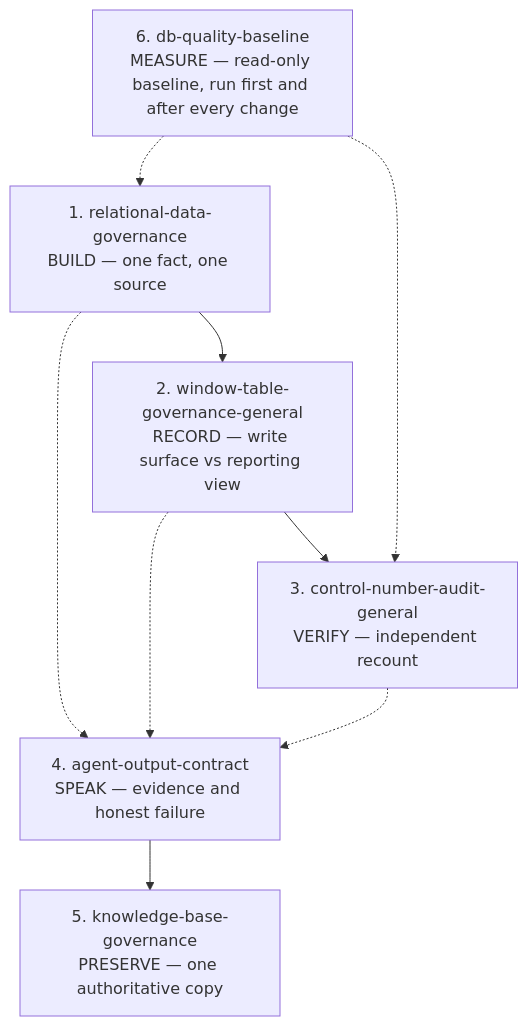
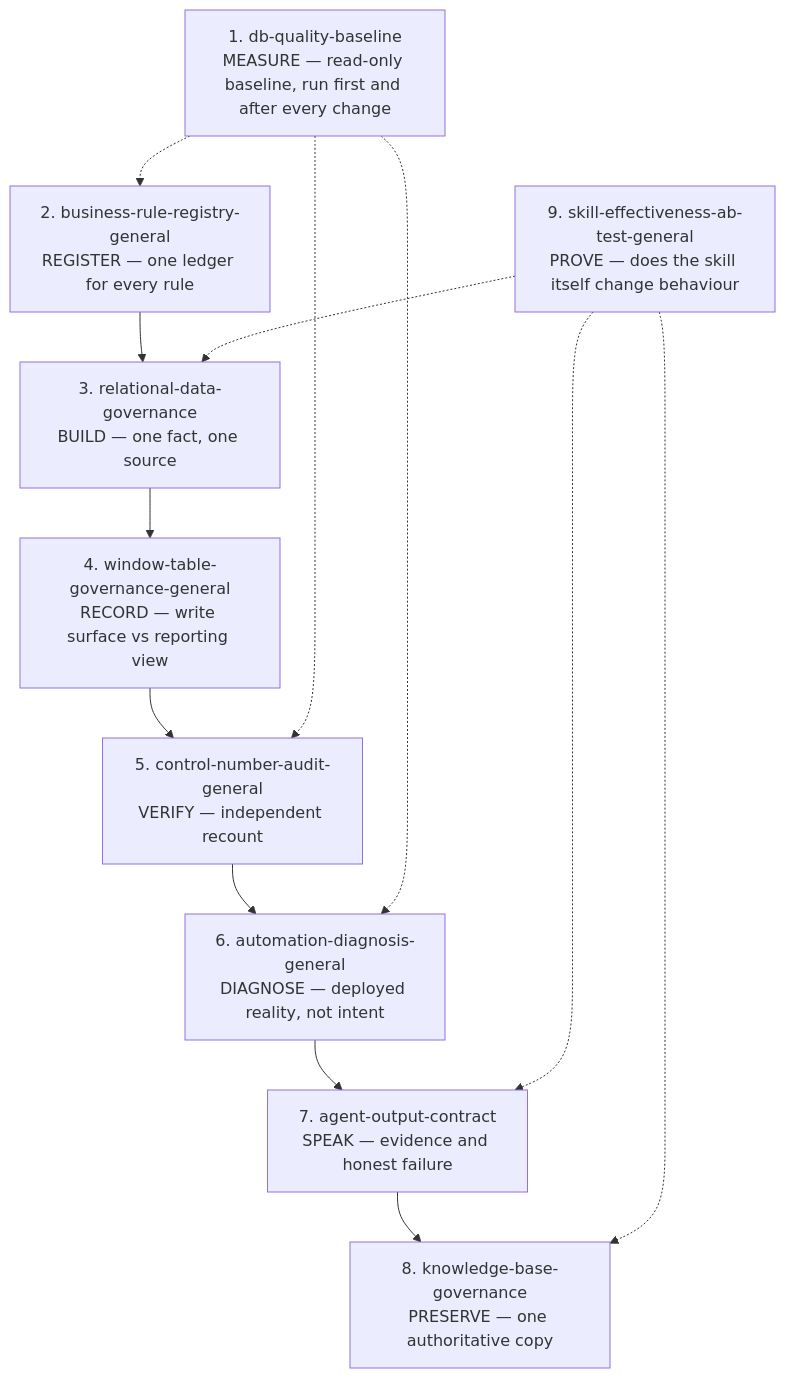
Before and after one commit to GG-yangliu/agent-governance-skills: the first of 2 diagrams in README.md, drawn with Mermaid. The commit also changed other lines of this file and 11 other files, not shown here.

````diff
--- a/README.md
+++ b/README.md
@@ -25,18 +28,25 @@
 ```mermaid
 flowchart TD
-    A["1. relational-data-governance<br/>BUILD — one fact, one source"]
-    B["2. window-table-governance-general<br/>RECORD — write surface vs reporting view"]
-    C["3. control-number-audit-general<br/>VERIFY — independent recount"]
-    D["4. agent-output-contract<br/>SPEAK — evidence and honest failure"]
-    E["5. knowledge-base-governance<br/>PRESERVE — one authoritative copy"]
-    F["6. db-quality-baseline<br/>MEASURE — read-only baseline, run first and after every change"]
+    F["1. db-quality-baseline<br/>MEASURE — read-only baseline, run first and after every change"]
+    H["2. business-rule-registry-general<br/>REGISTER — one ledger for every rule"]
+    A["3. relational-data-governance<br/>BUILD — one fact, one source"]
+    B["4. window-table-governance-general<br/>RECORD — write surface vs reporting view"]
+    C["5. control-number-audit-general<br/>VERIFY — independent recount"]
+    I["6. automation-diagnosis-general<br/>DIAGNOSE — deployed reality, not intent"]
+    D["7. agent-output-contract<br/>SPEAK — evidence and honest failure"]
+    E["8. knowledge-base-governance<br/>PRESERVE — one authoritative copy"]
+    G["9. skill-effectiveness-ab-test-general<br/>PROVE — does the skill itself change behaviour"]
 
+    H --> A
     A --> B
     B --> C
-    A -.-> D
-    B -.-> D
-    C -.-> D
+    C --> I
+    I --> D
     D --> E
-    F -.-> A
+    F -.-> H
     F -.-> C
+    F -.-> I
+    G -.-> A
+    G -.-> D
+    G -.-> E
 ```
````
